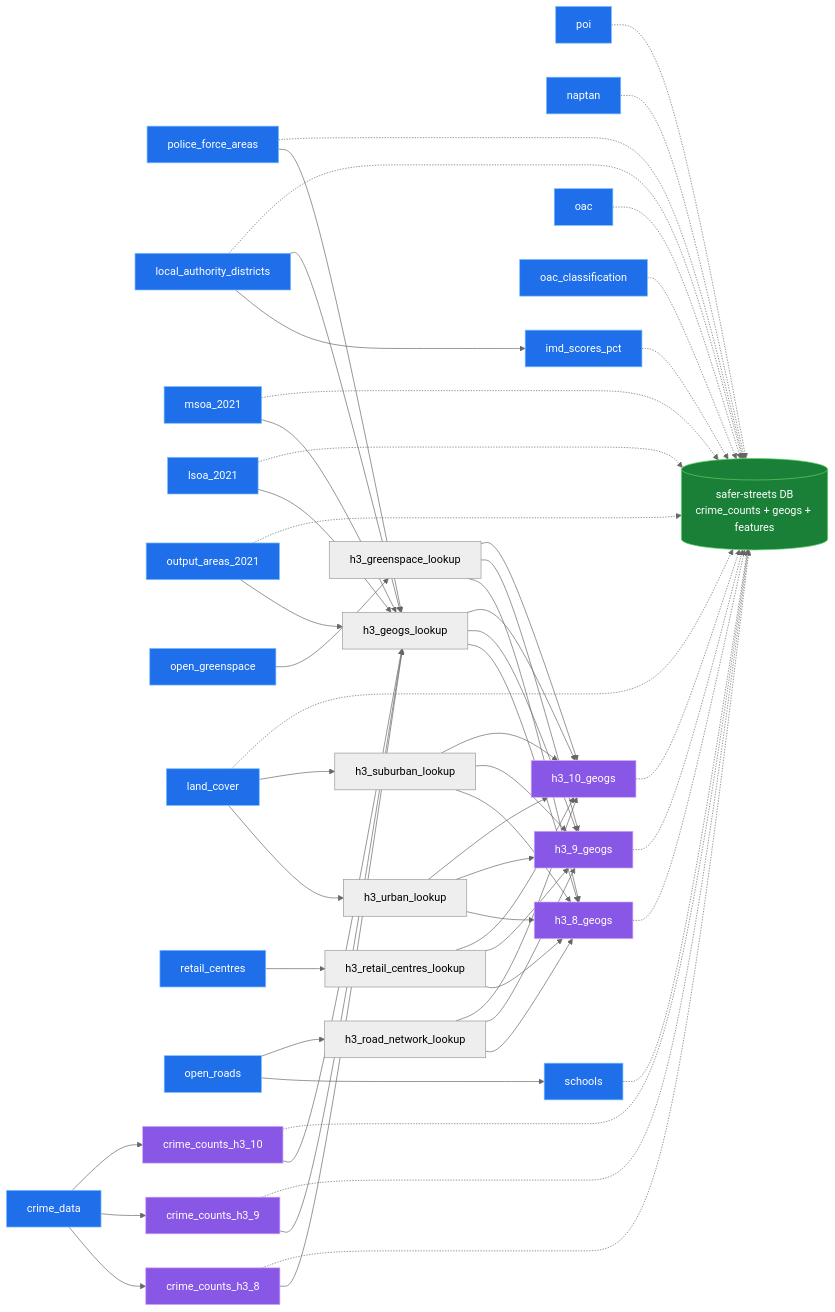
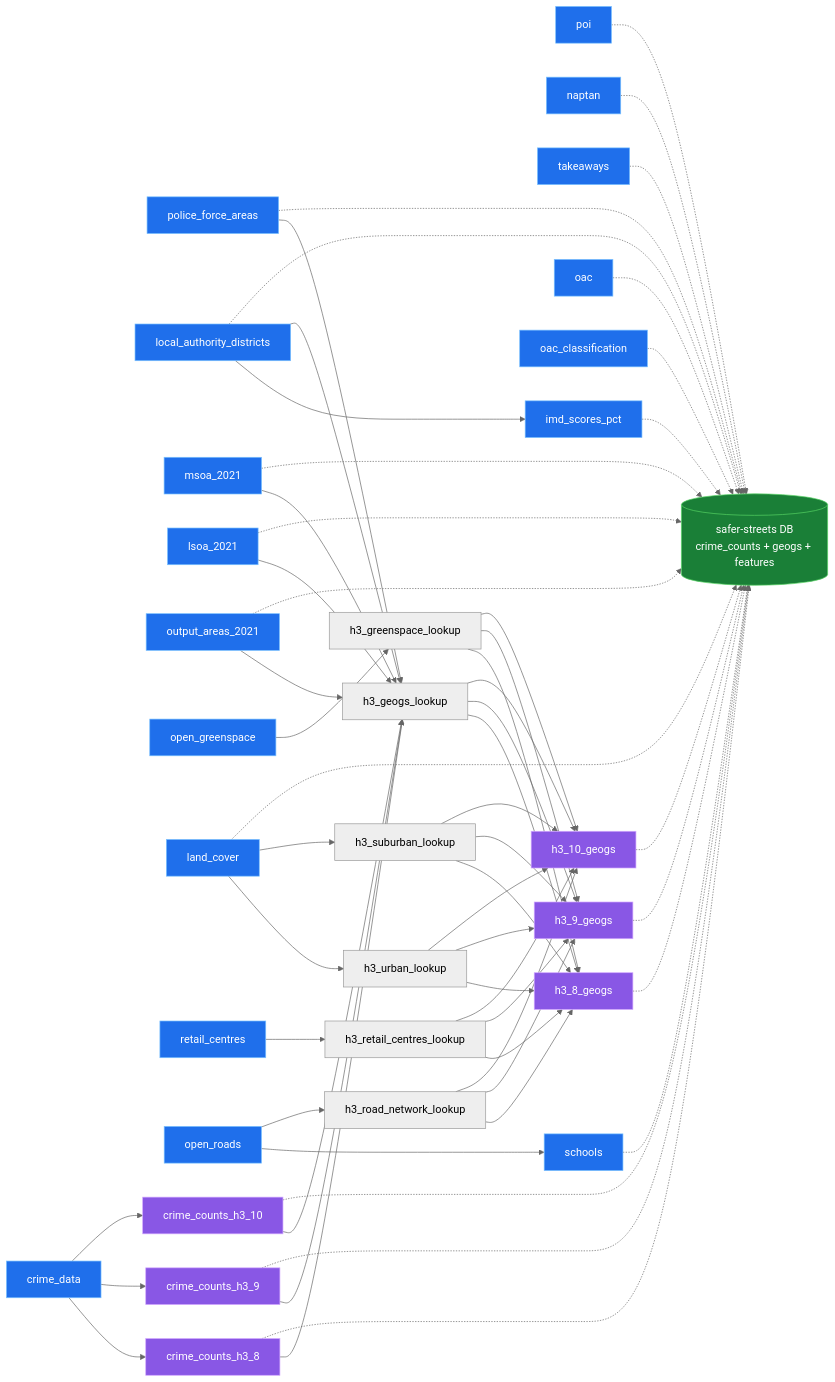
One commit to safer-streets/safer-streets-tooling changed the diagram in README.md. Above: the diagram before and after it, drawn with Mermaid (neutral theme). The commit also changed other lines of this file and 5 other files, not shown here.

First line of the commit message:
feat: add FSA food-hygiene takeaways (E&W) to the extract (#4)

````diff
--- a/README.md
+++ b/README.md
@@ -57,6 +57,7 @@
    open_roads
    poi
    naptan
+   takeaways
    schools
    imd_scores_pct
    oac
@@ -133,6 +134,7 @@
     schools -.-> database
     poi -.-> database
     naptan -.-> database
+    takeaways -.-> database
     imd_scores_pct -.-> database
     land_cover -.-> database
     oac -.-> database
@@ -142,7 +144,7 @@
     classDef extract fill:#1f6feb,stroke:#79c0ff,stroke-width:1px,color:#ffffff;
     classDef transform fill:#8957e5,stroke:#d2a8ff,stroke-width:1px,color:#ffffff;
     classDef load fill:#1a7f37,stroke:#56d364,stroke-width:1px,color:#ffffff;
-    class crime_data,police_force_areas,local_authority_districts,msoa_2021,lsoa_2021,output_areas_2021,open_greenspace,land_cover,retail_centres,open_roads,poi,naptan,schools,imd_scores_pct,oac,oac_classification extract;
+    class crime_data,police_force_areas,local_authority_districts,msoa_2021,lsoa_2021,output_areas_2021,open_greenspace,land_cover,retail_centres,open_roads,poi,naptan,takeaways,schools,imd_scores_pct,oac,oac_classification extract;
     class crime_counts_h3_8,crime_counts_h3_9,crime_counts_h3_10,h3_8_geogs,h3_9_geogs,h3_10_geogs transform;
     class database load;
 ```
````
